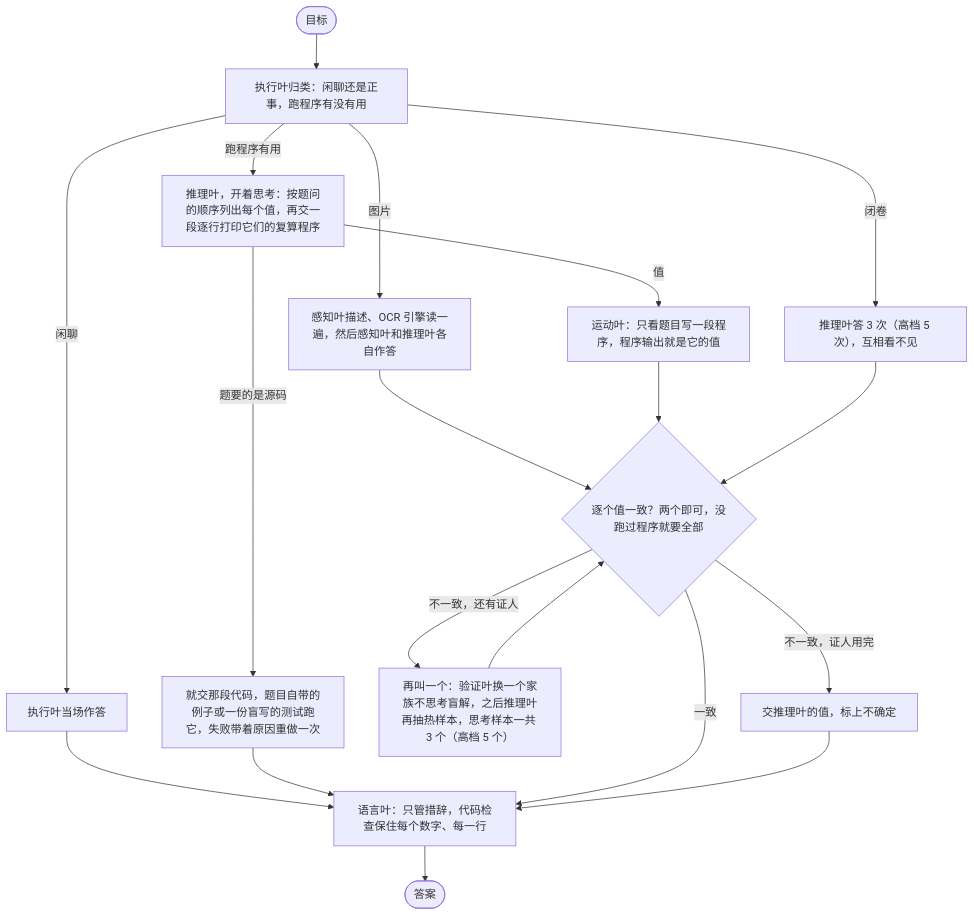
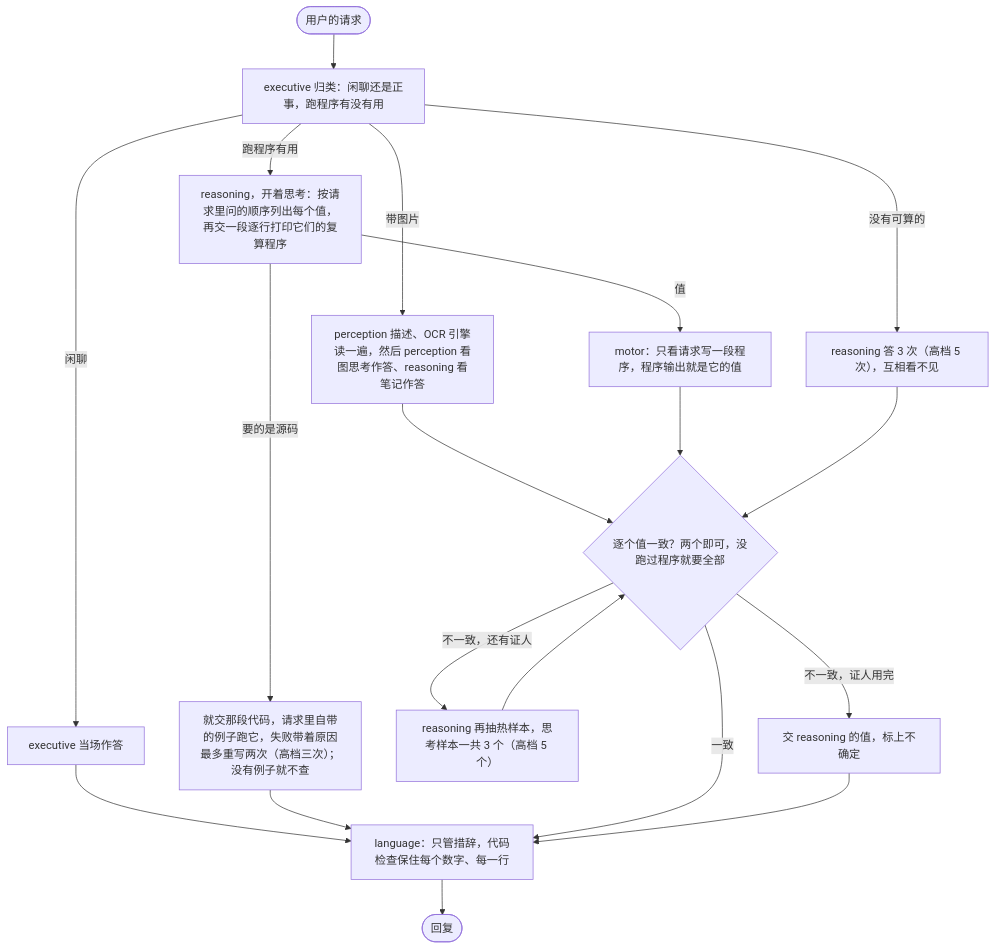
Before and after one commit to VecSzn/lobes: the second of 2 diagrams in README.zh-CN.md, drawn with Mermaid. The commit also changed other lines of this file and 19 other files, not shown here.

````diff
--- a/README.zh-CN.md
+++ b/README.zh-CN.md
@@ -82,13 +71,13 @@
 ```mermaid
 flowchart TD
-  G(["目标"]) --> E["执行叶归类：闲聊还是正事，跑程序有没有用"]
-  E -->|闲聊| F["执行叶当场作答"] --> L
-  E -->|图片| P["感知叶描述、OCR 引擎读一遍，然后感知叶和推理叶各自作答"] --> A
-  E -->|跑程序有用| R["推理叶，开着思考：按题问的顺序列出每个值，再交一段逐行打印它们的复算程序"]
-  R -->|题要的是源码| C["就交那段代码，题目自带的例子或一份盲写的测试跑它，失败带着原因重做一次"] --> L
-  R -->|值| M["运动叶：只看题目写一段程序，程序输出就是它的值"] --> A{"逐个值一致？两个即可，没跑过程序就要全部"}
-  E -->|闭卷| Q["推理叶答 3 次（高档 5 次），互相看不见"] --> A
-  A -->|不一致，还有证人| V["再叫一个：验证叶换一个家族不思考盲解，之后推理叶再抽热样本，思考样本一共 3 个（高档 5 个）"] --> A
-  A -->|一致| L["语言叶：只管措辞，代码检查保住每个数字、每一行"] --> ANS(["答案"])
-  A -->|不一致，证人用完| H["交推理叶的值，标上不确定"] --> L
+  G(["用户的请求"]) --> E["executive 归类：闲聊还是正事，跑程序有没有用"]
+  E -->|闲聊| F["executive 当场作答"] --> L
+  E -->|带图片| P["perception 描述、OCR 引擎读一遍，然后 perception 看图思考作答、reasoning 看笔记作答"] --> A
+  E -->|跑程序有用| R["reasoning，开着思考：按请求里问的顺序列出每个值，再交一段逐行打印它们的复算程序"]
+  R -->|要的是源码| C["就交那段代码，请求里自带的例子跑它，失败带着原因最多重写两次（高档三次）；没有例子就不查"] --> L
+  R -->|值| M["motor：只看请求写一段程序，程序输出就是它的值"] --> A{"逐个值一致？两个即可，没跑过程序就要全部"}
+  E -->|没有可算的| Q["reasoning 答 3 次（高档 5 次），互相看不见"] --> A
+  A -->|不一致，还有证人| V["reasoning 再抽热样本，思考样本一共 3 个（高档 5 个）"] --> A
+  A -->|一致| L["language：只管措辞，代码检查保住每个数字、每一行"] --> ANS(["回复"])
+  A -->|不一致，证人用完| H["交 reasoning 的值，标上不确定"] --> L
 ```
````
